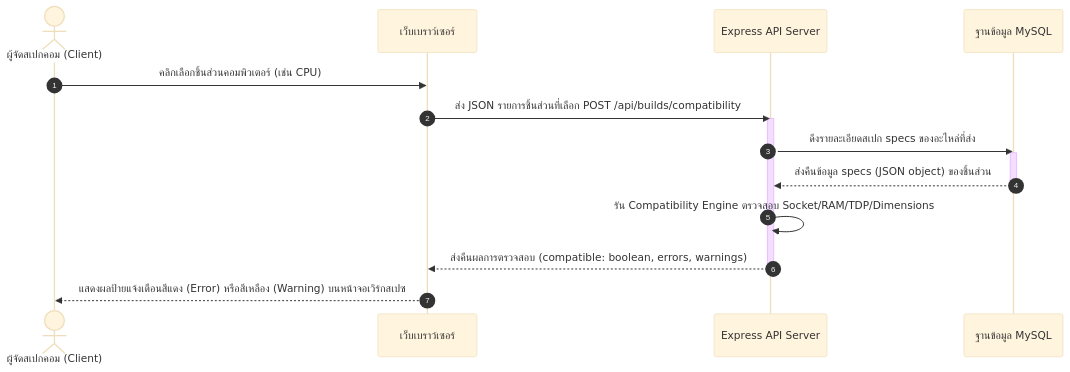
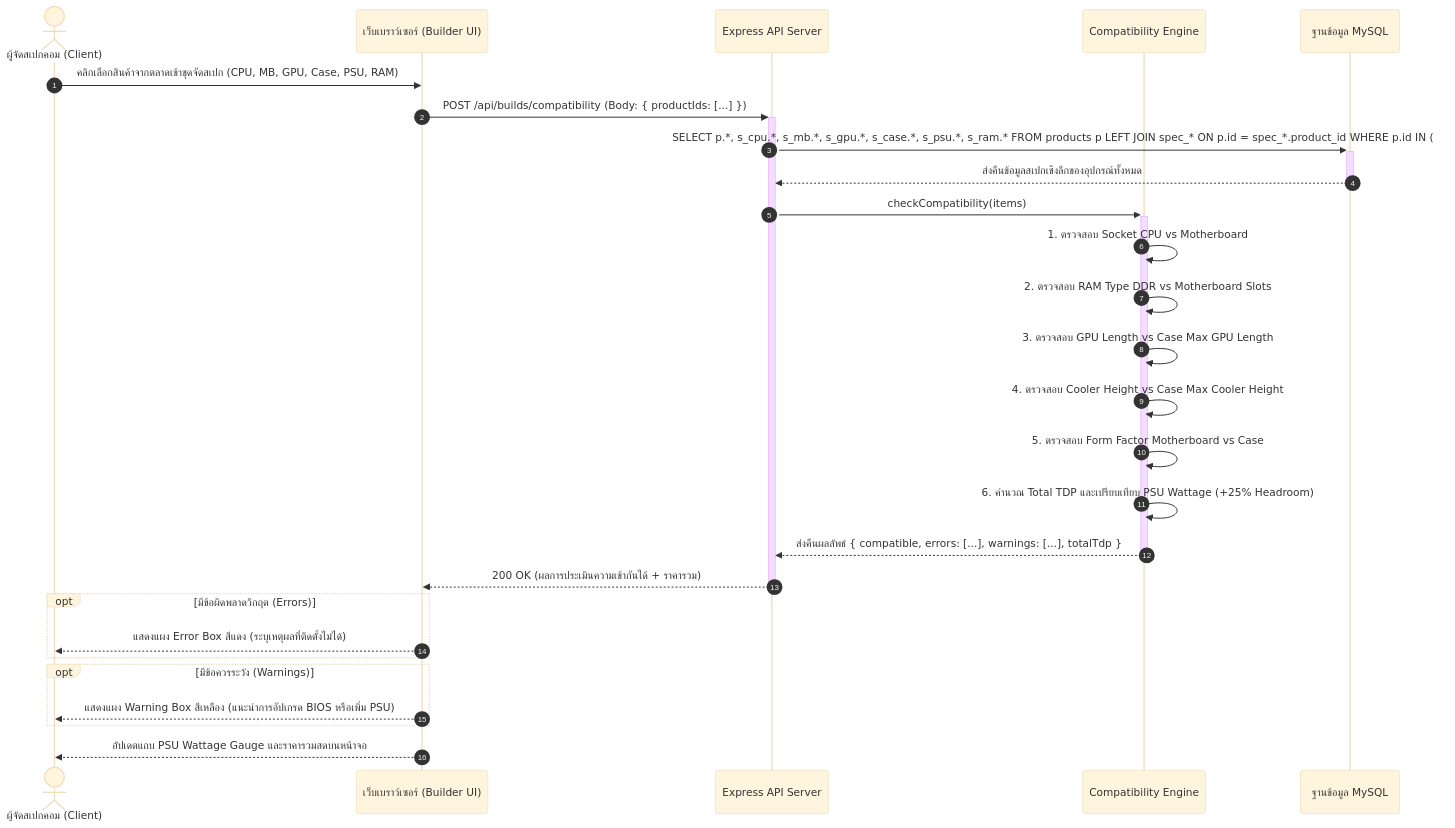
One commit to mumjean172004-jpg/pc_builder changed the tenth of 11 diagrams in KnowledgeBase/07_document/Chapter3_Methodology.md. Above: the diagram before and after it, drawn with Mermaid (base theme). The commit also changed other lines of this file and 56 other files, not shown here.

First line of the commit message:
Migrate to product-centric architecture; rebuild builder/sell-product flows; fix escrow payment and admin moderation gaps

````diff
--- a/KnowledgeBase/07_document/Chapter3_Methodology.md
+++ b/KnowledgeBase/07_document/Chapter3_Methodology.md
@@ -393,20 +732,35 @@
 ```mermaid
 sequenceDiagram
     autonumber
     actor User as ผู้จัดสเปกคอม (Client)
-    participant Browser as เว็บเบราว์เซอร์
+    participant UI as เว็บเบราว์เซอร์ (Builder UI)
     participant Server as Express API Server
+    participant Engine as Compatibility Engine
     participant DB as ฐานข้อมูล MySQL
 
-    User->>Browser: คลิกเลือกชิ้นส่วนคอมพิวเตอร์ (เช่น CPU)
-    Browser->>Server: ส่ง JSON รายการชิ้นส่วนที่เลือก POST /api/builds/compatibility
-    activate Server
-    Server->>DB: ดึงรายละเอียดสเปก specs ของอะไหล่ที่ส่ง
-    activate DB
-    DB-->>Server: ส่งคืนข้อมูล specs (JSON object) ของชิ้นส่วน
-    deactivate DB
-    Server->>Server: รัน Compatibility Engine ตรวจสอบ Socket/RAM/TDP/Dimensions
-    Server-->>Browser: ส่งคืนผลการตรวจสอบ (compatible: boolean, errors, warnings)
-    deactivate Server
-    Browser-->>User: แสดงผลป้ายแจ้งเตือนสีแดง (Error) หรือสีเหลือง (Warning) บนหน้าจอเวิร์กสเปซ
+    User->>UI: คลิกเลือกสินค้าจากตลาดเข้าชุดจัดสเปก (CPU, MB, GPU, Case, PSU, RAM)
+    UI->>+Server: POST /api/builds/compatibility (Body: { productIds: [...] })
+    
+    Server->>+DB: SELECT p.*, s_cpu.*, s_mb.*, s_gpu.*, s_case.*, s_psu.*, s_ram.* FROM products p LEFT JOIN spec_* ON p.id = spec_*.product_id WHERE p.id IN (...)
+    DB-->>-Server: ส่งคืนข้อมูลสเปกเชิงลึกของอุปกรณ์ทั้งหมด
+    
+    Server->>+Engine: checkCompatibility(items)
+    Engine->>Engine: 1. ตรวจสอบ Socket CPU vs Motherboard
+    Engine->>Engine: 2. ตรวจสอบ RAM Type DDR vs Motherboard Slots
+    Engine->>Engine: 3. ตรวจสอบ GPU Length vs Case Max GPU Length
+    Engine->>Engine: 4. ตรวจสอบ Cooler Height vs Case Max Cooler Height
+    Engine->>Engine: 5. ตรวจสอบ Form Factor Motherboard vs Case
+    Engine->>Engine: 6. คำนวณ Total TDP และเปรียบเทียบ PSU Wattage (+25% Headroom)
+    Engine-->>-Server: ส่งคืนผลลัพธ์ { compatible, errors: [...], warnings: [...], totalTdp }
+    
+    Server-->>-UI: 200 OK (ผลการประเมินความเข้ากันได้ + ราคารวม)
+    
+    opt มีข้อผิดพลาดวิกฤต (Errors)
+        UI-->>User: แสดงแผง Error Box สีแดง (ระบุเหตุผลที่ติดตั้งไม่ได้)
+    end
+    opt มีข้อควรระวัง (Warnings)
+        UI-->>User: แสดงแผง Warning Box สีเหลือง (แนะนำการอัปเกรด BIOS หรือเพิ่ม PSU)
+    end
+    
+    UI-->>User: อัปเดตแถบ PSU Wattage Gauge และราคารวมสดบนหน้าจอ
 ```
````
